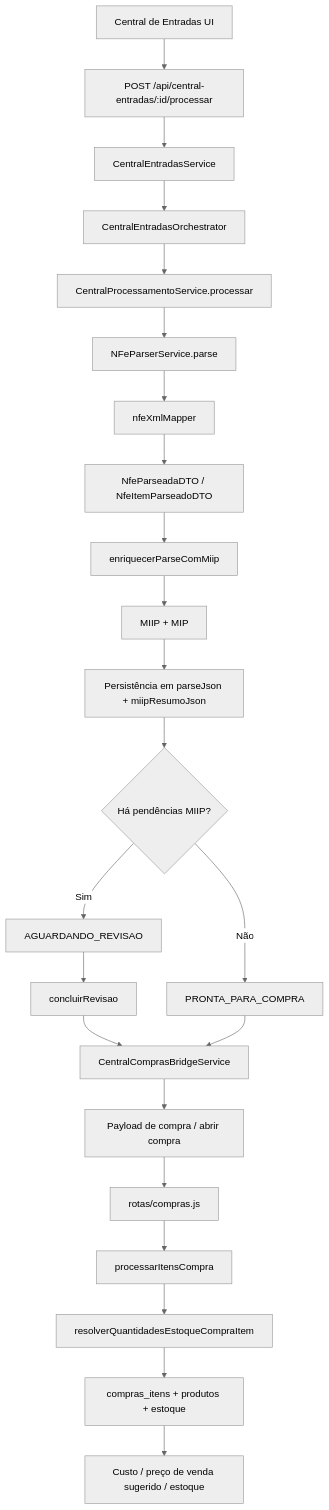
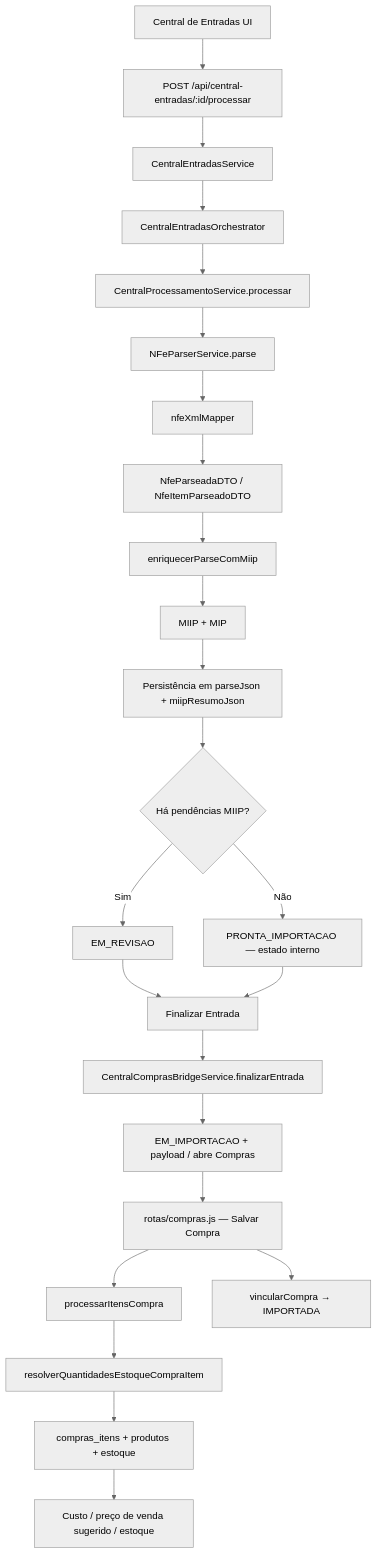
The diagram in docs/fiscal/AUDITORIA_IMPORTACAO_NFE.md (cicerodiego888-a11y/CDS-SISTEMAS-INTELIGENTE), drawn with Mermaid (neutral theme) before and after one commit. The commit also changed other lines of this file and 36 other files, not shown here.

````diff
--- a/docs/fiscal/AUDITORIA_IMPORTACAO_NFE.md
+++ b/docs/fiscal/AUDITORIA_IMPORTACAO_NFE.md
@@ -21,25 +21,26 @@
 ```mermaid
 flowchart TD
     A[Central de Entradas UI] --> B[POST /api/central-entradas/:id/processar]
     B --> C[CentralEntradasService]
     C --> D[CentralEntradasOrchestrator]
     D --> E[CentralProcessamentoService.processar]
     E --> F[NFeParserService.parse]
     F --> G[nfeXmlMapper]
     G --> H[NfeParseadaDTO / NfeItemParseadoDTO]
     H --> I[enriquecerParseComMiip]
     I --> J[MIIP + MIP]
     J --> K[Persistência em parseJson + miipResumoJson]
     K --> L{Há pendências MIIP?}
-    L -->|Sim| M[AGUARDANDO_REVISAO]
-    L -->|Não| N[PRONTA_PARA_COMPRA]
-    M --> O[concluirRevisao]
-    O --> P[CentralComprasBridgeService]
-    N --> P
-    P --> Q[Payload de compra / abrir compra]
-    Q --> R[rotas/compras.js]
+    L -->|Sim| M[EM_REVISAO]
+    L -->|Não| N[PRONTA_IMPORTACAO — estado interno]
+    M --> O[Finalizar Entrada]
+    N --> O
+    O --> P[CentralComprasBridgeService.finalizarEntrada]
+    P --> Q[EM_IMPORTACAO + payload / abre Compras]
+    Q --> R[rotas/compras.js — Salvar Compra]
     R --> S[processarItensCompra]
     S --> T[resolverQuantidadesEstoqueCompraItem]
     T --> U[compras_itens + produtos + estoque]
     U --> V[Custo / preço de venda sugerido / estoque]
+    R --> W[vincularCompra → IMPORTADA]
 ```
````
